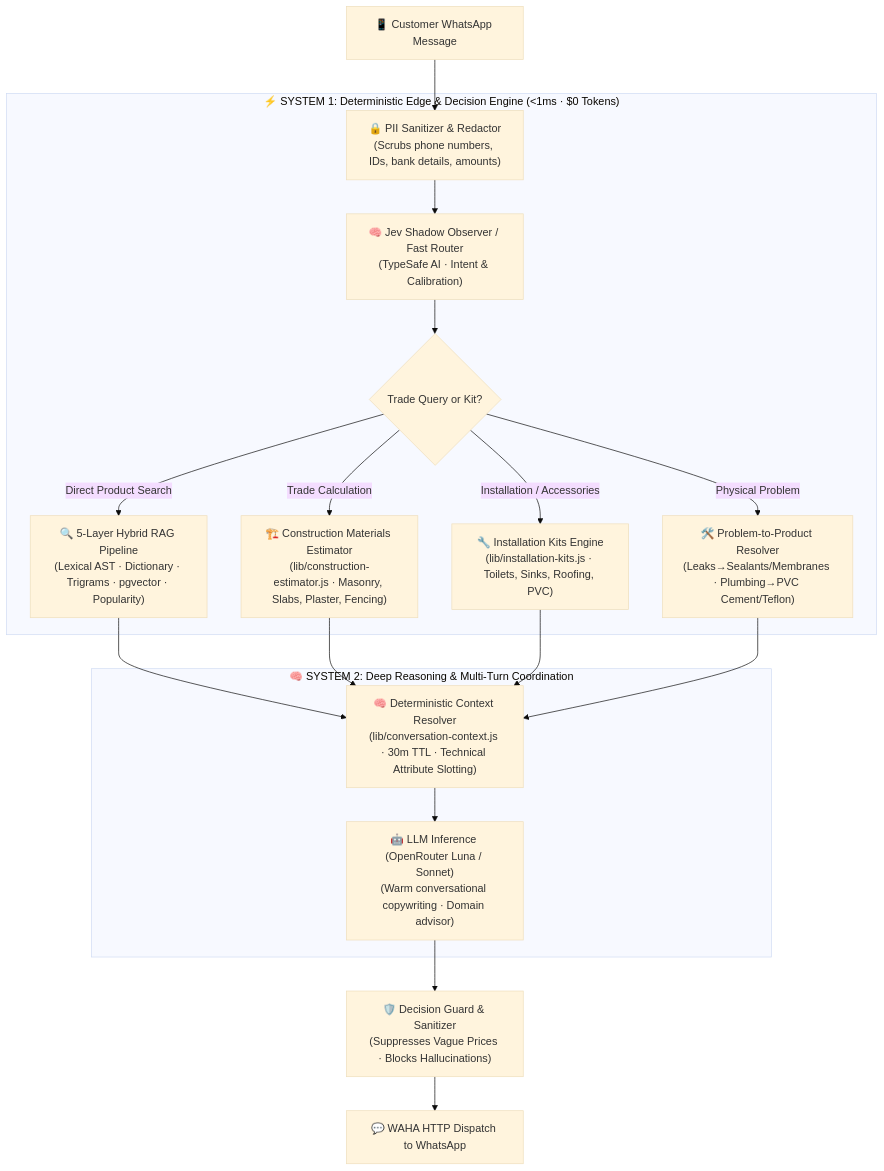
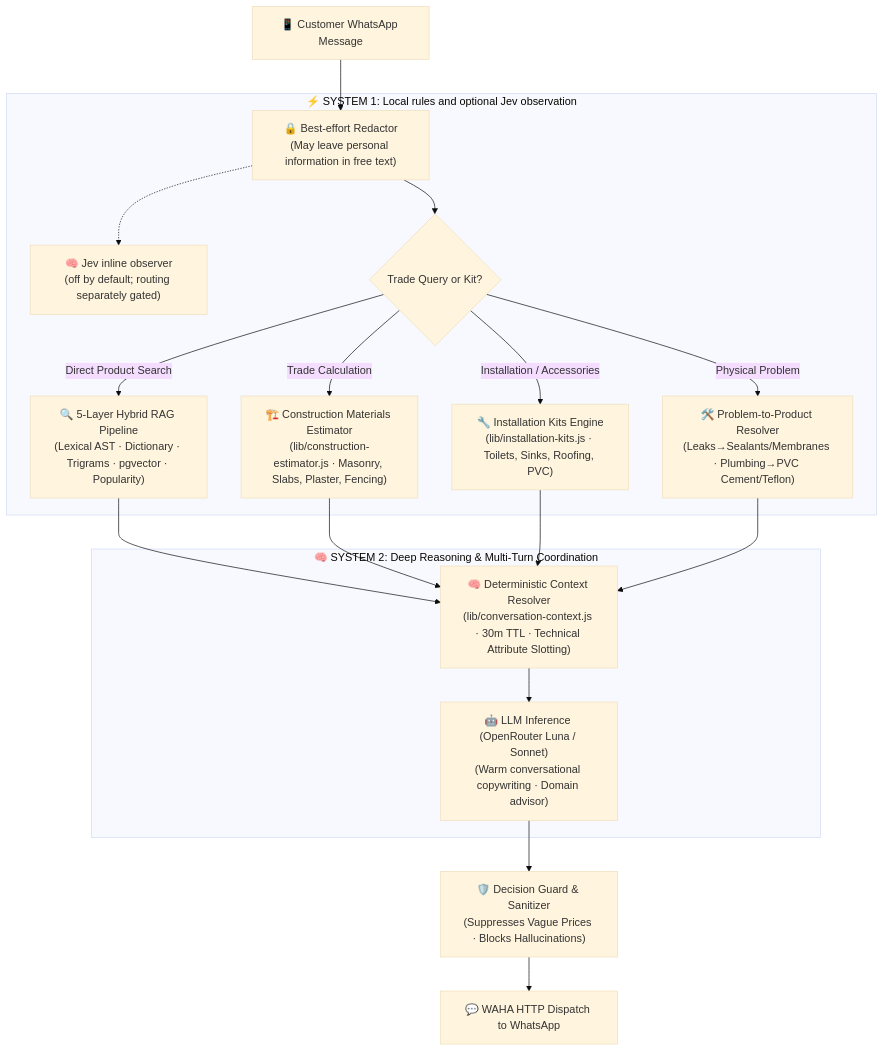
The second of 3 diagrams in README.md (Gus2708/whatsapp-agent), drawn with Mermaid (base theme) before and after one commit. The commit also changed other lines of this file and 13 other files, not shown here.

Commit message:
fix(jev): keep shadow routing inert and preserve quote flow

````diff
--- a/README.md
+++ b/README.md
@@ -88,24 +88,24 @@
 ```mermaid
 flowchart TD
-    Msg["📱 Customer WhatsApp Message"] --> PII["🔒 PII Sanitizer & Redactor<br/>(Scrubs phone numbers, IDs, bank details, amounts)"]
+    Msg["📱 Customer WhatsApp Message"] --> PII["🔒 Best-effort Redactor<br/>(May leave personal information in free text)"]
     
-    subgraph S1["⚡ SYSTEM 1: Deterministic Edge & Decision Engine (<1ms · $0 Tokens)"]
-        PII --> JEV["🧠 Jev Shadow Observer / Fast Router<br/>(TypeSafe AI · Intent & Calibration)"]
-        JEV --> CALC{"Trade Query or Kit?"}
+    subgraph S1["⚡ SYSTEM 1: Local rules and optional Jev observation"]
+        PII -.-> JEV["🧠 Jev inline observer<br/>(off by default; routing separately gated)"]
+        PII --> CALC{"Trade Query or Kit?"}
         CALC -->|Trade Calculation| EST["🏗️ Construction Materials Estimator<br/>(lib/construction-estimator.js · Masonry, Slabs, Plaster, Fencing)"]
         CALC -->|Installation / Accessories| KITS["🔧 Installation Kits Engine<br/>(lib/installation-kits.js · Toilets, Sinks, Roofing, PVC)"]
         CALC -->|Physical Problem| PROB["🛠️ Problem-to-Product Resolver<br/>(Leaks→Sealants/Membranes · Plumbing→PVC Cement/Teflon)"]
         CALC -->|Direct Product Search| RAG["🔍 5-Layer Hybrid RAG Pipeline<br/>(Lexical AST · Dictionary · Trigrams · pgvector · Popularity)"]
     end
     
     subgraph S2["🧠 SYSTEM 2: Deep Reasoning & Multi-Turn Coordination"]
         RAG --> Ctx["🧠 Deterministic Context Resolver<br/>(lib/conversation-context.js · 30m TTL · Technical Attribute Slotting)"]
         EST --> Ctx
         KITS --> Ctx
         PROB --> Ctx
         Ctx --> LLM["🤖 LLM Inference (OpenRouter Luna / Sonnet)<br/>(Warm conversational copywriting · Domain advisor)"]
     end
     
     LLM --> Guard["🛡️ Decision Guard & Sanitizer<br/>(Suppresses Vague Prices · Blocks Hallucinations)"]
     Guard --> WAHA["💬 WAHA HTTP Dispatch to WhatsApp"]
 ```
````
